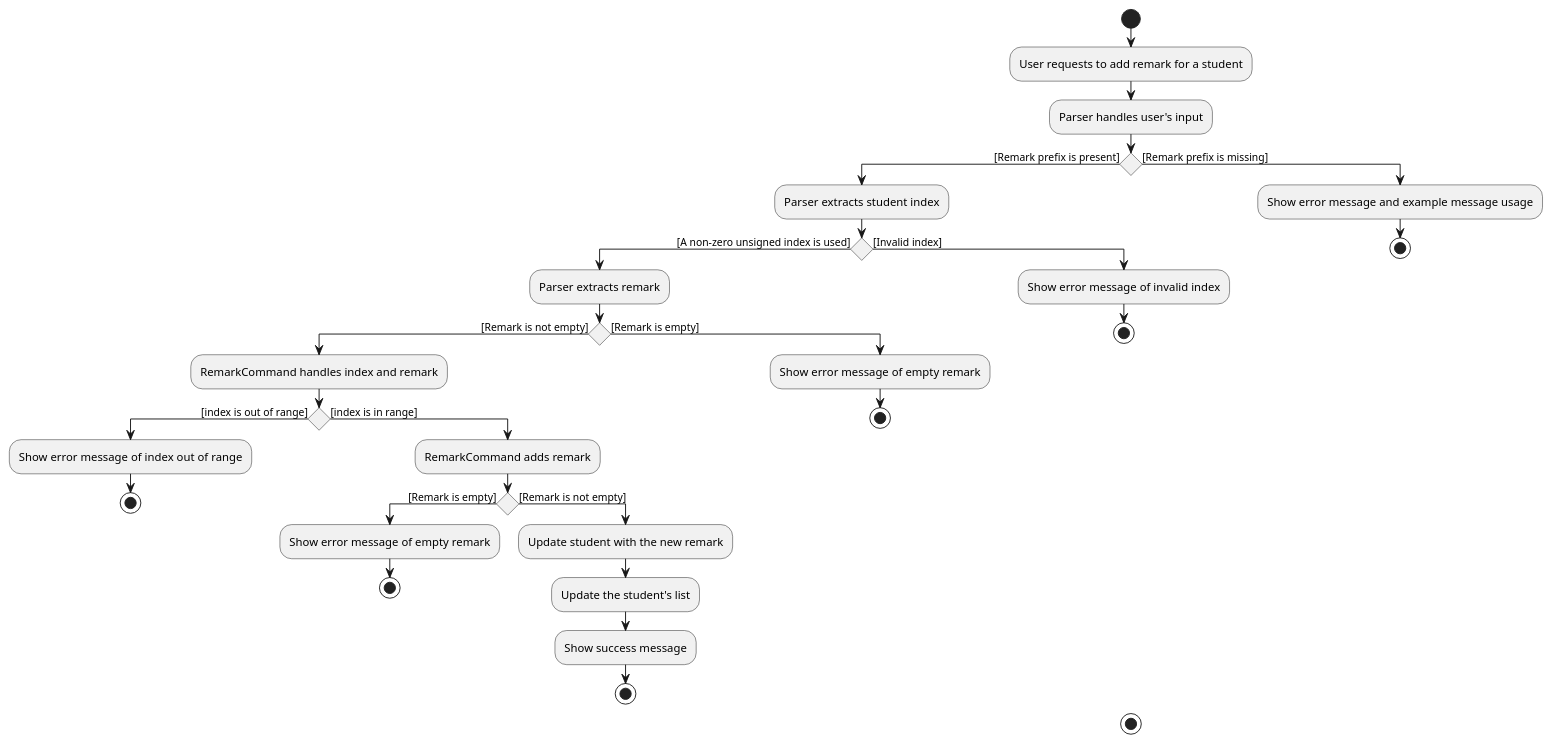
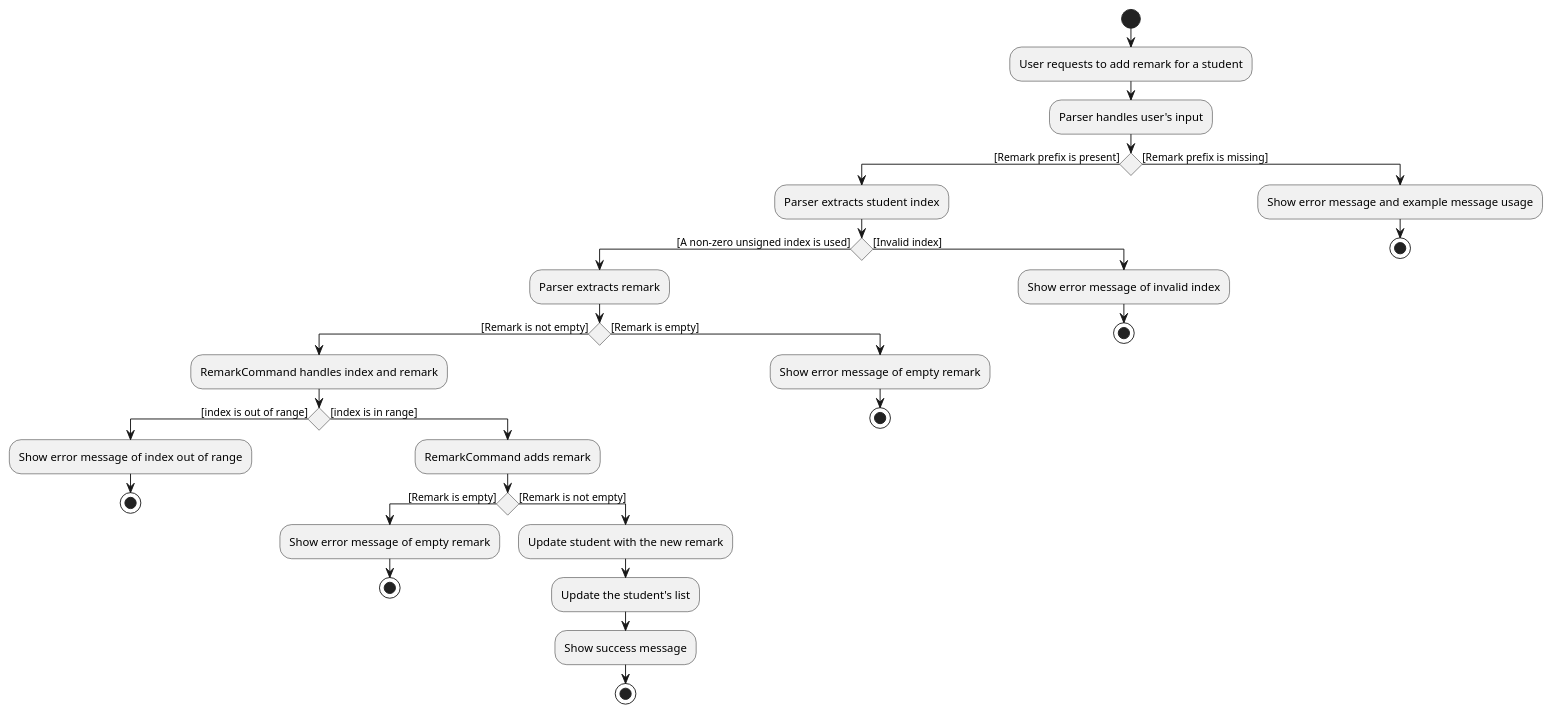
The diagram in docs/diagrams/add-remark/RemarkCommandActivityDiagram.puml (nus-cs2103-AY2425S1/tp), drawn with PlantUML before and after one commit.

Commit message:
Remove redundant stop at the end of the diagram

```diff
--- a/docs/diagrams/add-remark/RemarkCommandActivityDiagram.puml
+++ b/docs/diagrams/add-remark/RemarkCommandActivityDiagram.puml
@@ -1,43 +1,41 @@
 @startuml
 'https://plantuml.com/activity-diagram-beta
 
 start
 :User requests to add remark for a student;
 :Parser handles user's input;
 if () then ([Remark prefix is present])
   :Parser extracts student index;
   if () then ([A non-zero unsigned index is used])
     :Parser extracts remark;
     if () then ([Remark is not empty])
       :RemarkCommand handles index and remark;
       if () then ([index is out of range])
         :Show error message of index out of range;
         stop
       else ([index is in range])
         :RemarkCommand adds remark;
         if () then ([Remark is empty])
             :Show error message of empty remark;
             stop
         else ([Remark is not empty])
             :Update student with the new remark;
             :Update the student's list;
             :Show success message;
             stop
         endif
       endif
     else ([Remark is empty])
       :Show error message of empty remark;
       stop
     endif
   else ([Invalid index])
     :Show error message of invalid index;
     stop
   endif
 else ([Remark prefix is missing])
     :Show error message and example message usage;
     stop
 endif
 
-stop
-
 @enduml
```
